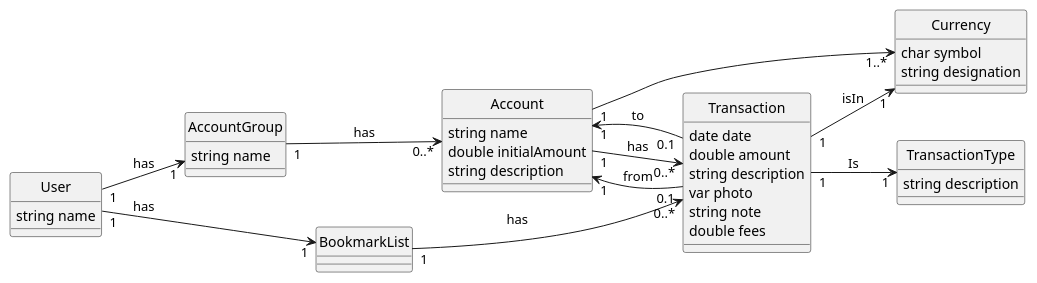
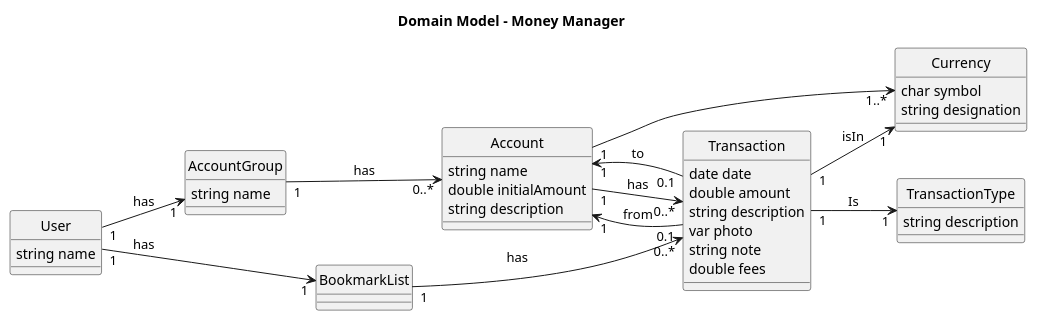
Before and after one commit to PeFerreira98/ISEP.Master.EDOM_2021: the diagram in diagrams/domainModel1.puml, drawn with PlantUML. The commit also changed 1 other file, not shown here.

```diff
--- a/diagrams/domainModel1.puml
+++ b/diagrams/domainModel1.puml
@@ -1,59 +1,61 @@
 @startuml domainModel1.png
 
 left to right direction
 
 skinparam monochrome true
 skinparam packageStyle rect
 skinparam defaultFontName FG Virgil
 skinparam shadowing false
+
+title Domain Model - Money Manager
 
 class User {
   string name
 }
 
 class AccountGroup {
   string name
 }
 
 class Account {
   string name
   double initialAmount
   string description
 }
 
 class Transaction {
   date date
   double amount
   string description
   var photo
   string note
   double fees
 }
 
 class TransactionType {
   string description
 }
 
 class Currency {
   char symbol
   string designation
 }
 
 User "1" --> "1" BookmarkList : has
 User "1" --> "1" AccountGroup : has
 
 AccountGroup "1" --> "0..*" Account : has
 
 BookmarkList "1" --> "0..*" Transaction : has
 
 Account "1" --> "0..*" Transaction : has
 Account "1" --> "1..*" Currency
 
 Transaction "0.1" --> "1" Account : from
 Transaction "0.1" --> "1" Account : to
 Transaction "1" --> "1" Currency : isIn
 Transaction "1" --> "1" TransactionType : Is
 
 hide circle
 
 @enduml
```
